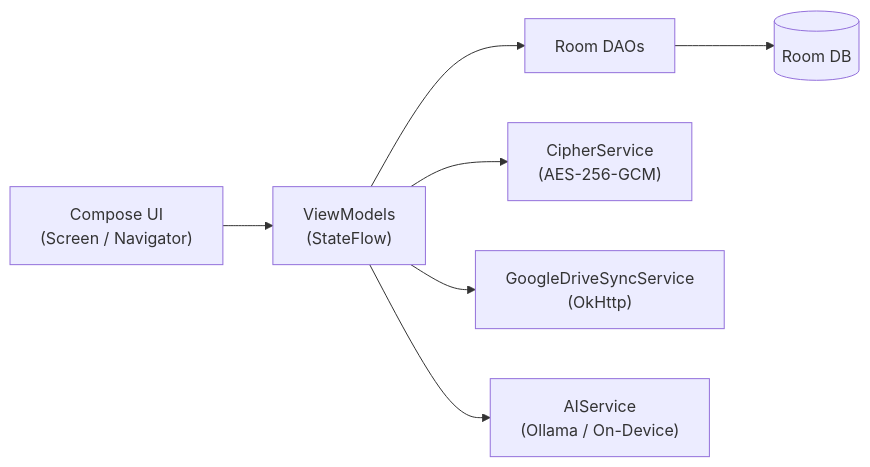
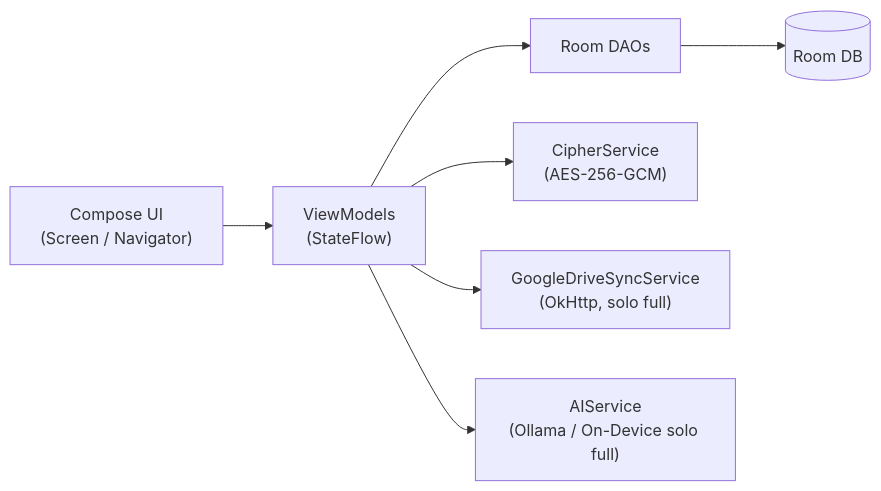
One commit to ESTRIN217/secure-notes changed the diagram in README.md. Above: the diagram before and after it, drawn with Mermaid. The commit also changed other lines of this file and 39 other files, not shown here.

````diff
--- a/README.md
+++ b/README.md
@@ -70,9 +70,9 @@
 ```mermaid
 flowchart LR
     UI["Compose UI<br/>(Screen / Navigator)"] --> VM["ViewModels<br/>(StateFlow)"]
     VM --> DAO["Room DAOs"]
     DAO --> DB[("Room DB")]
     VM --> CR["CipherService<br/>(AES-256-GCM)"]
-    VM --> SYNC["GoogleDriveSyncService<br/>(OkHttp)"]
-    VM --> AI["AIService<br/>(Ollama / On-Device)"]
+    VM --> SYNC["GoogleDriveSyncService<br/>(OkHttp, solo full)"]
+    VM --> AI["AIService<br/>(Ollama / On-Device solo full)"]
 ```
````
